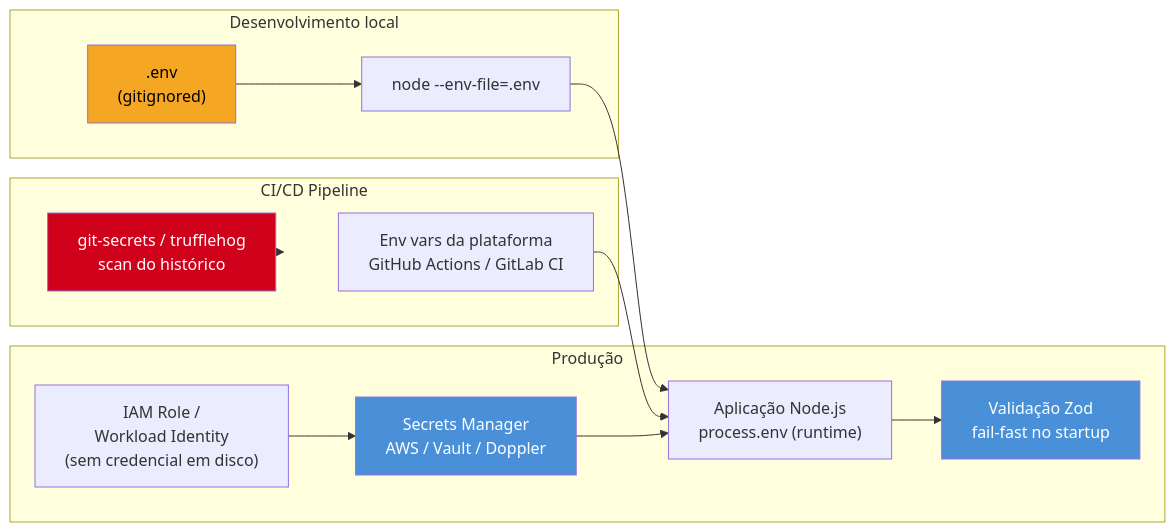
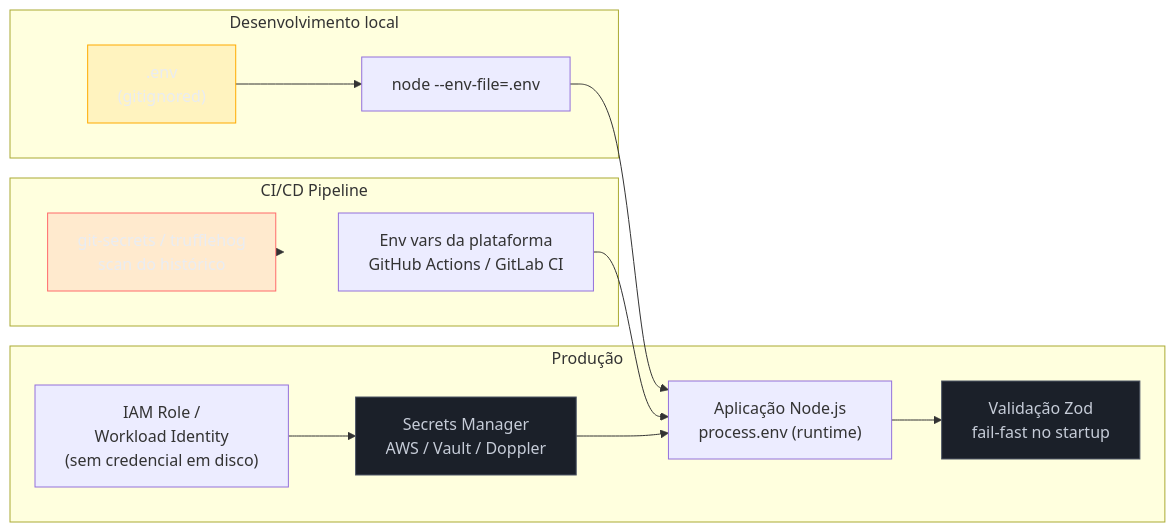
Before and after one commit to josenaldo/codex-technomanticus: the diagram in 03-Dominios/Tecnologia/Node/Segurança/02 - Segredos e variáveis de ambiente.md, drawn with Mermaid. The commit also changed 1181 other files, not shown here.

First line of the commit message:
fix(diagramas): paleta do sistema no lugar de cor cravada no markdown

````diff
--- a/03-Dominios/Tecnologia/Node/Segurança/02 - Segredos e variáveis de ambiente.md
+++ b/03-Dominios/Tecnologia/Node/Segurança/02 - Segredos e variáveis de ambiente.md
@@ -26,34 +26,37 @@
 ```mermaid
 flowchart LR
+    classDef destaque fill:#FFAA0024,stroke:#FFAA00,color:#E9ECF2
+    classDef neutro fill:#1B2029,stroke:#4E5666,color:#C6CCD8
+    classDef falha fill:#FF6B6B24,stroke:#FF6B6B,color:#E9ECF2
     subgraph DEV ["Desenvolvimento local"]
         ENV[".env\n(gitignored)"]
         NODEENV["node --env-file=.env"]
     end
 
     subgraph CI ["CI/CD Pipeline"]
         CIENV["Env vars da plataforma\nGitHub Actions / GitLab CI"]
         AUDIT["git-secrets / trufflehog\nscan do histórico"]
     end
 
     subgraph PROD ["Produção"]
         SM["Secrets Manager\nAWS / Vault / Doppler"]
         IAM["IAM Role /\nWorkload Identity\n(sem credencial em disco)"]
         APP["Aplicação Node.js\nprocess.env (runtime)"]
         ZOD["Validação Zod\nfail-fast no startup"]
     end
 
     ENV --> NODEENV
     NODEENV --> APP
 
     CIENV --> APP
     AUDIT --> CI
 
     IAM --> SM
     SM --> APP
     APP --> ZOD
 
-    style ENV fill:#F5A623,color:#000
-    style SM fill:#4A90D9,color:#fff
-    style ZOD fill:#4A90D9,color:#fff
-    style AUDIT fill:#D0021B,color:#fff
+    class ENV destaque
+    class SM neutro
+    class ZOD neutro
+    class AUDIT falha
 ```
````
